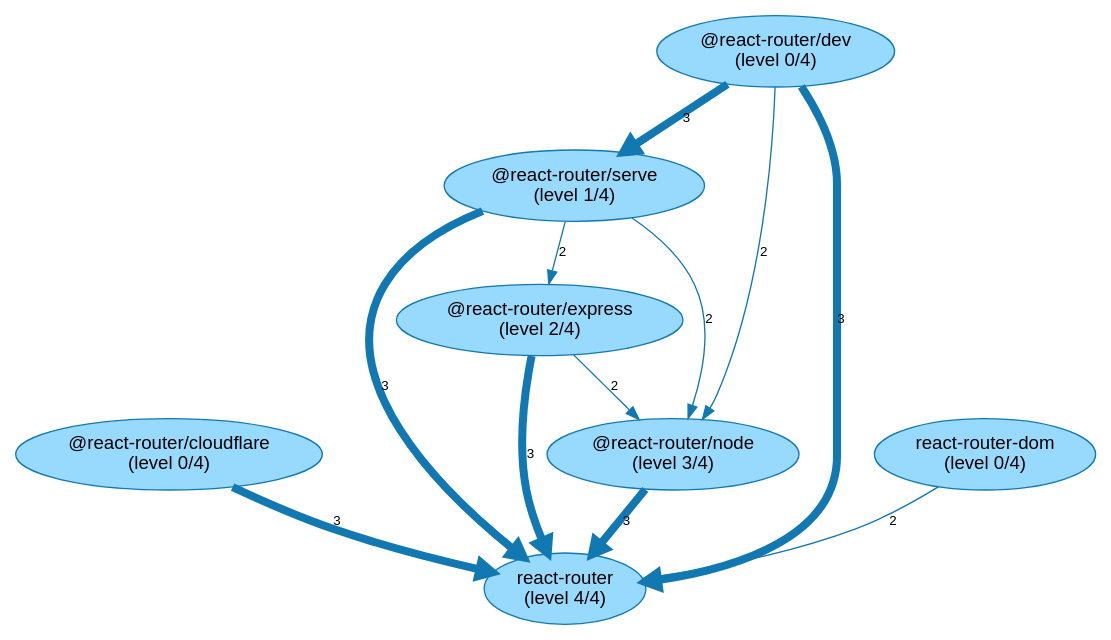
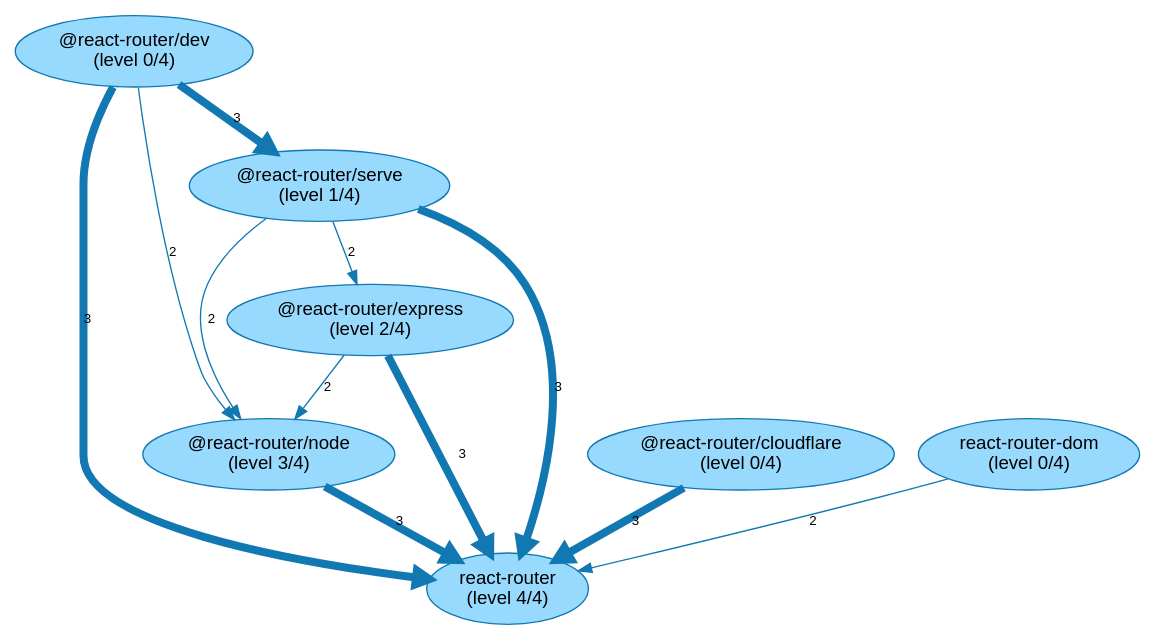
Before and after one commit to JohT/code-graph-analysis-examples: the diagram in analysis-results/react-router/latest/internal-dependencies/NPM_NonDevPackage/Graph_Visualizations/NpmPackageBuildLevels.gv, drawn with Graphviz. The commit also changed other lines of this file and 345 other files, not shown here.

```diff
--- a/analysis-results/react-router/latest/internal-dependencies/NPM_NonDevPackage/Graph_Visualizations/NpmPackageBuildLevels.gv
+++ b/analysis-results/react-router/latest/internal-dependencies/NPM_NonDevPackage/Graph_Visualizations/NpmPackageBuildLevels.gv
@@ -1,21 +1,21 @@
 // This GraphViz dot file was generated by the script convertQueryResultCsvToGraphVizDotFile.sh with default.template
 
 strict digraph NpmPackageBuildLevels {
     fontname = "Helvetica,Arial,sans-serif";
     node [fontname = "Helvetica,Arial,sans-serif";];
     edge [fontname = "Helvetica,Arial,sans-serif"; fontsize = 10;];
     node [style = filled; fillcolor = "0.560 0.400 0.999";];
     node [color = "0.560 0.900 0.700";];
     edge [color = "0.560 0.900 0.700";];
-	"@react-router/cloudflare\n(level 0/4)" -> "react-router\n(level 4/4)" [label = 3; penwidth = 6.0; ];
+	"@react-router/express\n(level 2/4)" -> "react-router\n(level 4/4)" [label = 3; penwidth = 6.0; ];
+	"@react-router/dev\n(level 0/4)" -> "react-router\n(level 4/4)" [label = 3; penwidth = 6.0; ];
 	"@react-router/node\n(level 3/4)" -> "react-router\n(level 4/4)" [label = 3; penwidth = 6.0; ];
 	"@react-router/serve\n(level 1/4)" -> "react-router\n(level 4/4)" [label = 3; penwidth = 6.0; ];
-	"@react-router/express\n(level 2/4)" -> "react-router\n(level 4/4)" [label = 3; penwidth = 6.0; ];
-	"@react-router/dev\n(level 0/4)" -> "react-router\n(level 4/4)" [label = 3; penwidth = 6.0; ];
+	"@react-router/cloudflare\n(level 0/4)" -> "react-router\n(level 4/4)" [label = 3; penwidth = 6.0; ];
 	"@react-router/dev\n(level 0/4)" -> "@react-router/serve\n(level 1/4)" [label = 3; penwidth = 6.0; ];
 	"react-router-dom\n(level 0/4)" -> "react-router\n(level 4/4)" [label = 2; penwidth = 1.0; ];
 	"@react-router/dev\n(level 0/4)" -> "@react-router/node\n(level 3/4)" [label = 2; penwidth = 1.0; ];
+	"@react-router/serve\n(level 1/4)" -> "@react-router/node\n(level 3/4)" [label = 2; penwidth = 1.0; ];
 	"@react-router/express\n(level 2/4)" -> "@react-router/node\n(level 3/4)" [label = 2; penwidth = 1.0; ];
-	"@react-router/serve\n(level 1/4)" -> "@react-router/node\n(level 3/4)" [label = 2; penwidth = 1.0; ];
 	"@react-router/serve\n(level 1/4)" -> "@react-router/express\n(level 2/4)" [label = 2; penwidth = 1.0; ];
 }
```
